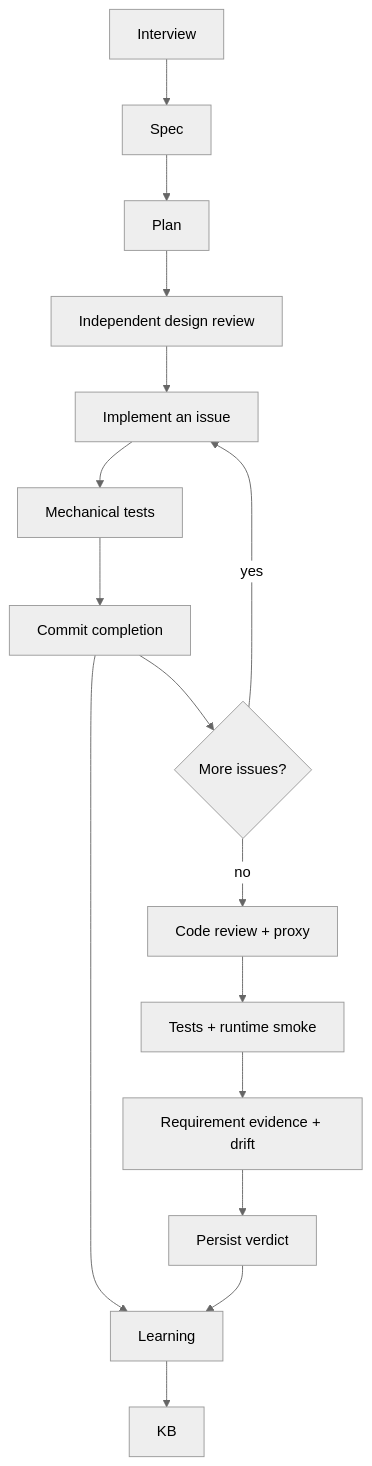
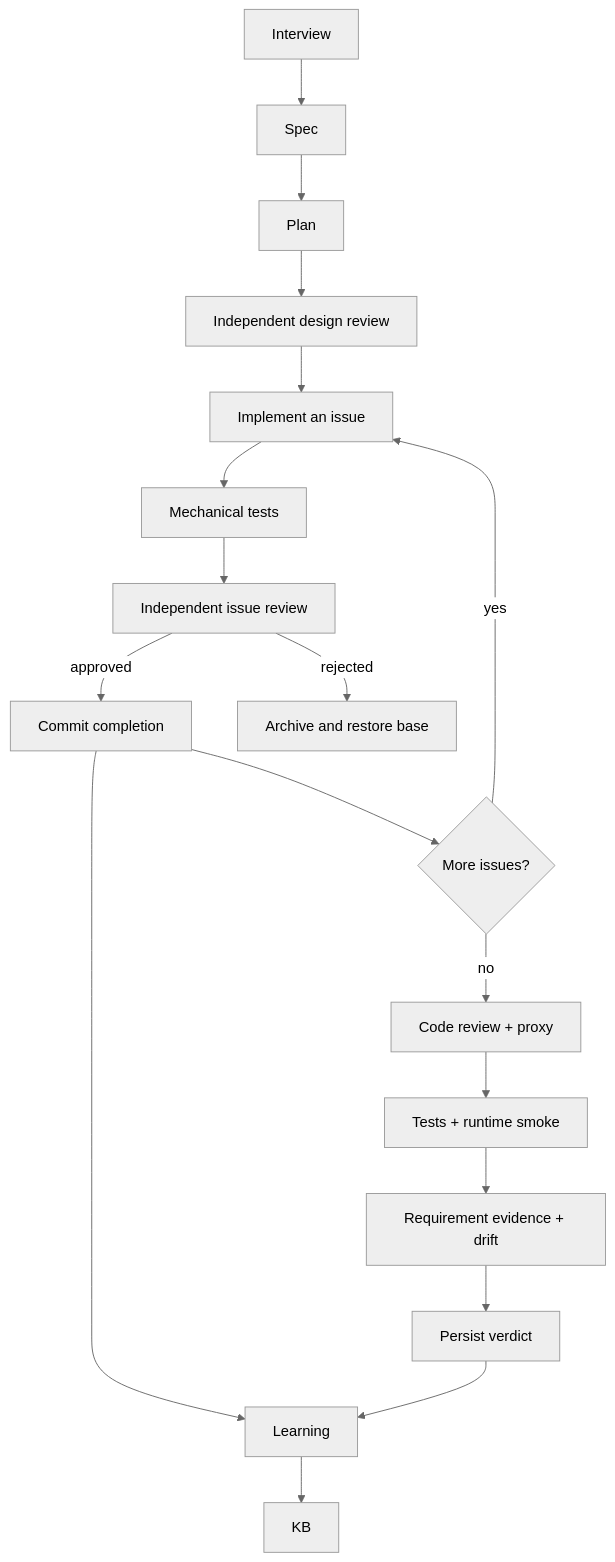
Before and after one commit to jairorodriguezarias/siesta: the diagram in docs/architecture.md, drawn with Mermaid (neutral theme). The commit also changed other lines of this file and 15 other files, not shown here.

First line of the commit message:
Add independent review before issue completion

````diff
--- a/docs/architecture.md
+++ b/docs/architecture.md
@@ -7,16 +7,18 @@
 ```mermaid
 flowchart TD
     Interview --> Spec --> Plan --> DesignReview[Independent design review]
     DesignReview --> Worker[Implement an issue]
     Worker --> Tests[Mechanical tests]
-    Tests --> Commit[Commit completion]
+    Tests --> IssueReview[Independent issue review]
+    IssueReview -->|approved| Commit[Commit completion]
+    IssueReview -->|rejected| Recovery[Archive and restore base]
     Commit --> More{More issues?}
     More -->|yes| Worker
     More -->|no| Review[Code review + proxy]
     Review --> Verify[Tests + runtime smoke]
     Verify --> Evidence[Requirement evidence + drift]
     Evidence --> Result[Persist verdict]
     Commit --> Learning
     Result --> Learning
     Learning --> KB
 ```
````
